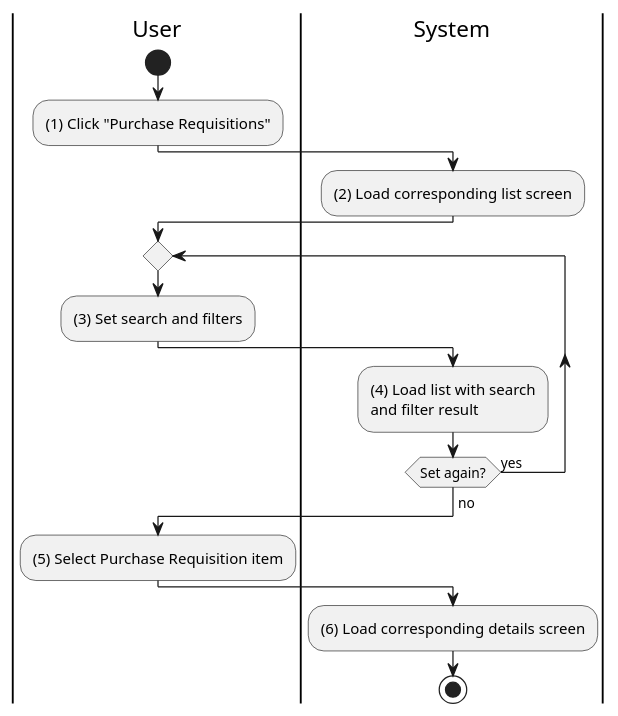
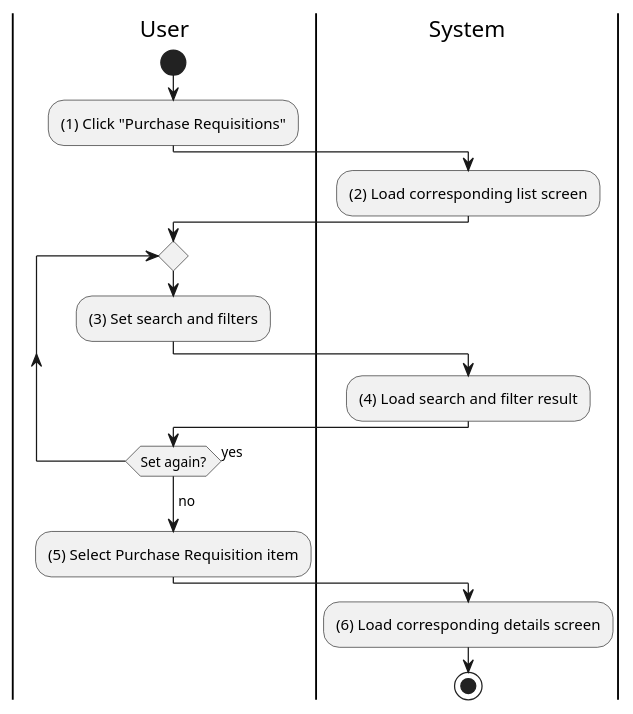
One commit to phihungha/scmss-reqs changed the diagram in activities/purchase-requisition-view.plantuml. Above: the diagram before and after it, drawn with PlantUML. The commit also changed 8 other files, not shown here.

Commit message:
Complete activity diagrams for purchase ordres

```diff
--- a/activities/purchase-requisition-view.plantuml
+++ b/activities/purchase-requisition-view.plantuml
@@ -1,28 +1,26 @@
 @startuml purchase-requisition-view
 |u|User
 |s|System
 
 |u|
 start
 :(1) Click "Purchase Requisitions";
 
 |s|
 :(2) Load corresponding list screen;
 
 |u|
 repeat
     :(3) Set search and filters;
 
     |s|
-    :(4) Load list with search
-    and filter result;
+    :(4) Load search and filter result;
+|u|
 repeat while (Set again?) is (yes)
 ->no;
-
-|u|
 :(5) Select Purchase Requisition item;
 
 |s|
 :(6) Load corresponding details screen;
 stop
 @enduml
```
